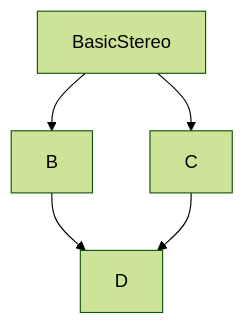
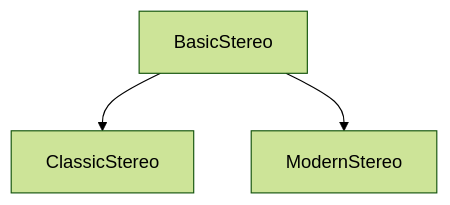
The diagram in README.md (fppuma/java-factory-method), drawn with Mermaid (forest theme) before and after one commit.

Commit message:
stereo hierarchy

````diff
--- a/README.md
+++ b/README.md
@@ -4,7 +4,5 @@
 ```mermaid
   graph TD;
-      BasicStereo-->B;
-      BasicStereo-->C;
-      B-->D;
-      C-->D;
+      BasicStereo-->ClassicStereo;
+      BasicStereo-->ModernStereo;
 ```
````
